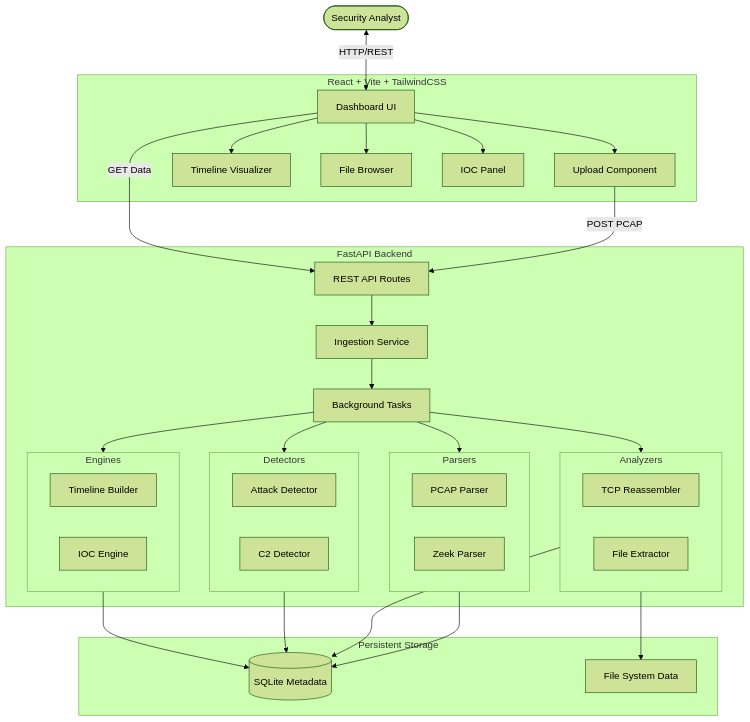
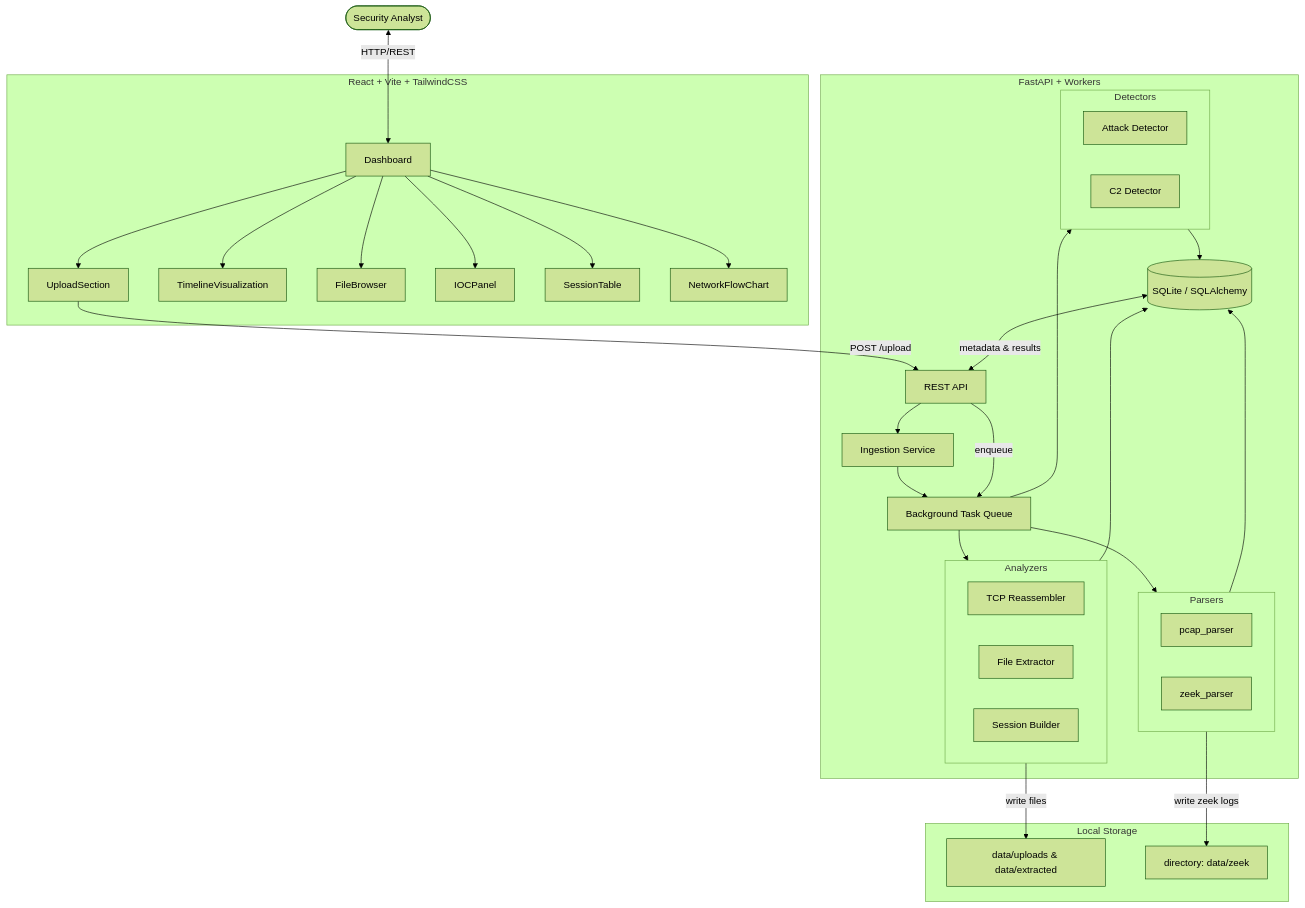
One commit to VedheshDhinakaran/CyberHackathon changed the diagram in architecture.md. Above: the diagram before and after it, drawn with Mermaid (forest theme). The commit also changed other lines of this file and 2 other files, not shown here.

Commit message:
added diagrams

````diff
--- a/architecture.md
+++ b/architecture.md
@@ -3,66 +7,64 @@
 ```mermaid
 graph TD
     User([Security Analyst])
-    
+
     subgraph Frontend [React + Vite + TailwindCSS]
-        UI[Dashboard UI]
-        Upload[Upload Component]
-        Timeline[Timeline Visualizer]
-        Files[File Browser]
-        IOC[IOC Panel]
-        
+        UI[Dashboard]
+        Upload[UploadSection]
+        Timeline[TimelineVisualization]
+        Files[FileBrowser]
+        IOCs[IOCPanel]
+        Sessions[SessionTable]
+        Network[NetworkFlowChart]
         UI --> Upload
         UI --> Timeline
         UI --> Files
-        UI --> IOC
+        UI --> IOCs
+        UI --> Sessions
+        UI --> Network
     end
-    
-    subgraph Backend [FastAPI Backend]
-        API[REST API Routes]
+
+    subgraph Backend [FastAPI + Workers]
+        API[REST API]
         Ingest[Ingestion Service]
-        Queue[Background Tasks]
-        
+        Tasks[Background Task Queue]
+        DB[(SQLite / SQLAlchemy)]
+
         subgraph Parsers
-            Pcap[PCAP Parser]
-            Zeek[Zeek Parser]
+            PCAP[pcap_parser]
+            ZEEK[zeek_parser]
         end
-        
+
         subgraph Analyzers
             TCP[TCP Reassembler]
-            FileExt[File Extractor]
+            FILEX[File Extractor]
+            REASSEMBLY[Session Builder]
         end
-        
+
         subgraph Detectors
-            Attack[Attack Detector]
+            ATTACK[Attack Detector]
             C2[C2 Detector]
         end
-        
-        subgraph Engines
-            TimeEng[Timeline Builder]
-            IOCEng[IOC Engine]
-        end
-        
+
         API --> Ingest
-        Ingest --> Queue
-        Queue --> Parsers
-        Queue --> Analyzers
-        Queue --> Detectors
-        Queue --> Engines
+        Ingest --> Tasks
+        Tasks --> Parsers
+        Tasks --> Analyzers
+        Tasks --> Detectors
+        Parsers --> DB
+        Analyzers --> DB
+        Detectors --> DB
     end
-    
-    subgraph Storage [Persistent Storage]
-        DB[(SQLite Metadata)]
-        FS[File System Data]
+
+    subgraph Storage [Local Storage]
+        FS[data/uploads & data/extracted]
+        ZEEKS[directory: data/zeek]
     end
-    
+
     User <-->|HTTP/REST| UI
-    Upload -->|POST PCAP| API
-    UI -->|GET Data| API
-    
-    Parsers --> DB
-    Analyzers --> DB
-    Detectors --> DB
-    Engines --> DB
-    
-    Analyzers --> FS
+    Upload -->|POST /upload| API
+    API -->|enqueue| Tasks
+    Analyzers -->|write files| FS
+    Parsers -->|write zeek logs| ZEEKS
+    DB <-->|metadata & results| API
 ```
````
